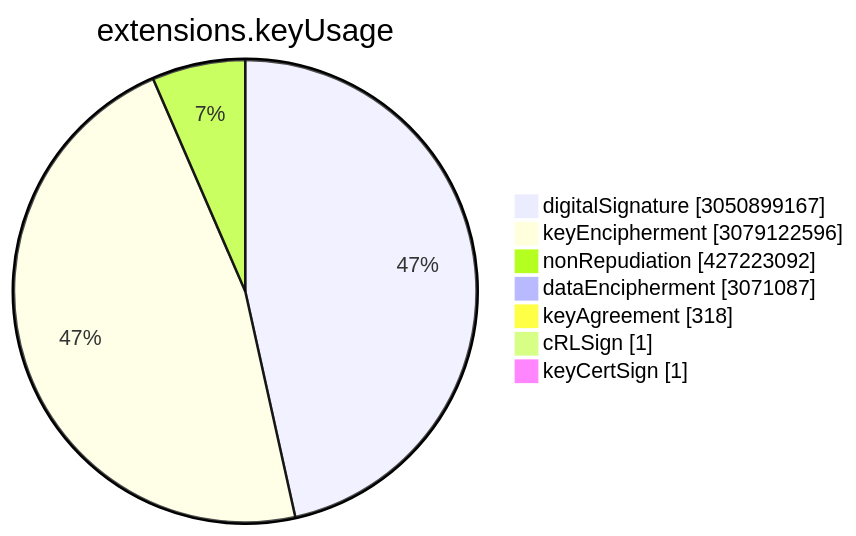
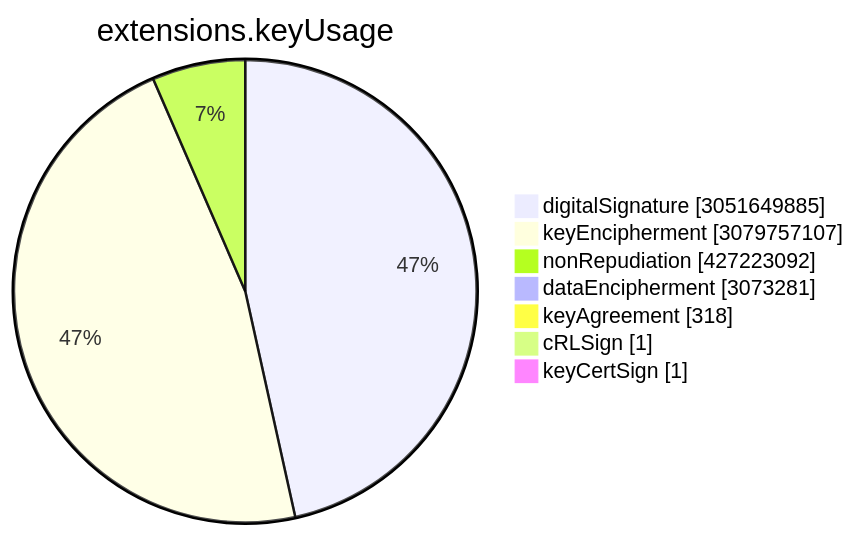
The sixth of 15 diagrams in TOTAL/README.md (christiankrug/ctmonitor_visualization), drawn with Mermaid before and after one commit. The commit also changed other lines of this file, not shown here.

````diff
--- a/TOTAL/README.md
+++ b/TOTAL/README.md
@@ -3075,11 +3075,11 @@
 ```mermaid
 pie showData
 title extensions.keyUsage
-"digitalSignature" :3050899167
-"keyEncipherment" :3079122596
+"digitalSignature" :3051649885
+"keyEncipherment" :3079757107
 "nonRepudiation" :427223092
-"dataEncipherment" :3071087
+"dataEncipherment" :3073281
 "keyAgreement" :318
 "cRLSign" :1
 "keyCertSign" :1
 ```
````
